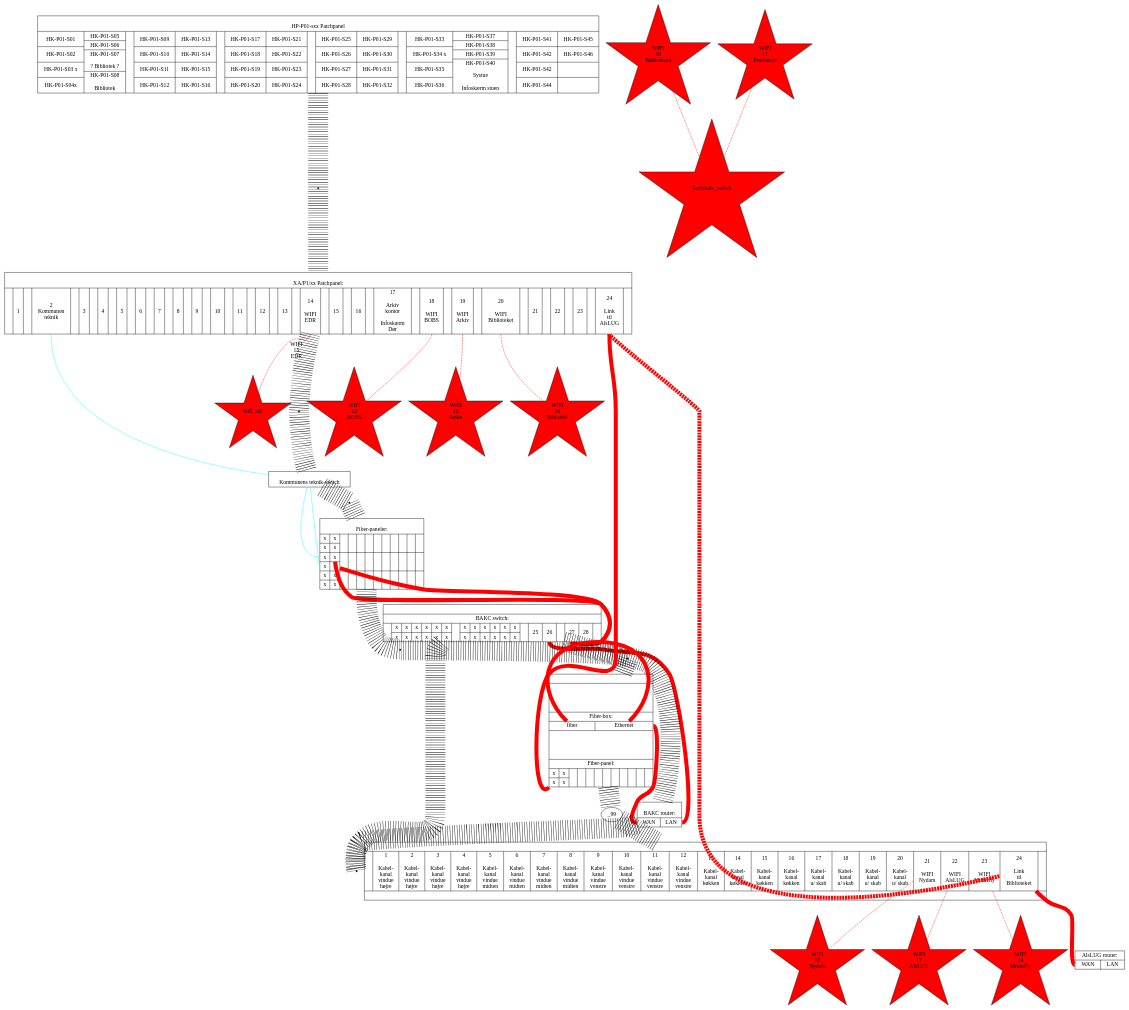
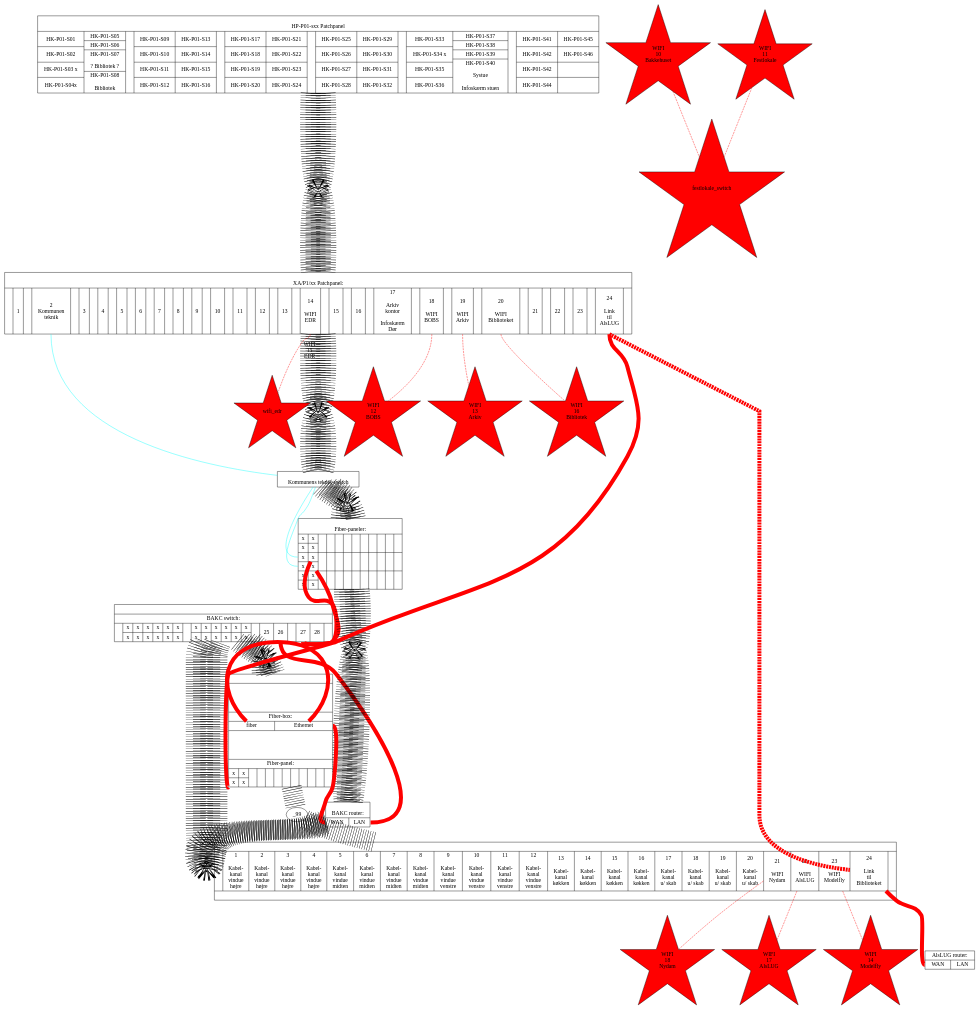
One commit to alslug/alslug.dk changed the diagram in projekter/patch-paneler.dot. Above: the diagram before and after it, drawn with Graphviz.

```diff
--- a/projekter/patch-paneler.dot
+++ b/projekter/patch-paneler.dot
@@ -151,6 +151,9 @@
 				}" ];
     node [ shape=point ];
     hk_p01 -> _1 -> xa_p1 -> _2 -> kommunens_teknikswitch -> _3 -> bib_fiberpaneler_1 -> _4 -> bakc_router -> _5 -> bib_switch -> _6 -> bib_skab [ penwidth=50 style=dotted ];
+    hk_p01 -> _1 -> xa_p1 -> _2 -> kommunens_teknikswitch -> _3 -> bib_fiberpaneler_1 -> _4 -> bakc_router -> _5 -> bib_switch -> _6 -> bib_skab [ penwidth=50 style=dotted ];
+    hk_p01 -> _1 -> xa_p1 -> _2 -> kommunens_teknikswitch -> _3 -> bib_fiberpaneler_1 -> _4 -> bakc_router -> _5 -> bib_switch -> _6 -> bib_skab [ penwidth=50 style=dotted ];
+    hk_p01 -> _1 -> xa_p1 -> _2 -> kommunens_teknikswitch -> _3 -> bib_fiberpaneler_1 -> _4 -> bakc_router -> _5 -> bib_switch -> _6 -> bib_skab [ penwidth=50 style=dotted ];
   }
   bib_skab [ shape=record label="{
 					|\n\n\n\n|Fiber-box:|
```
